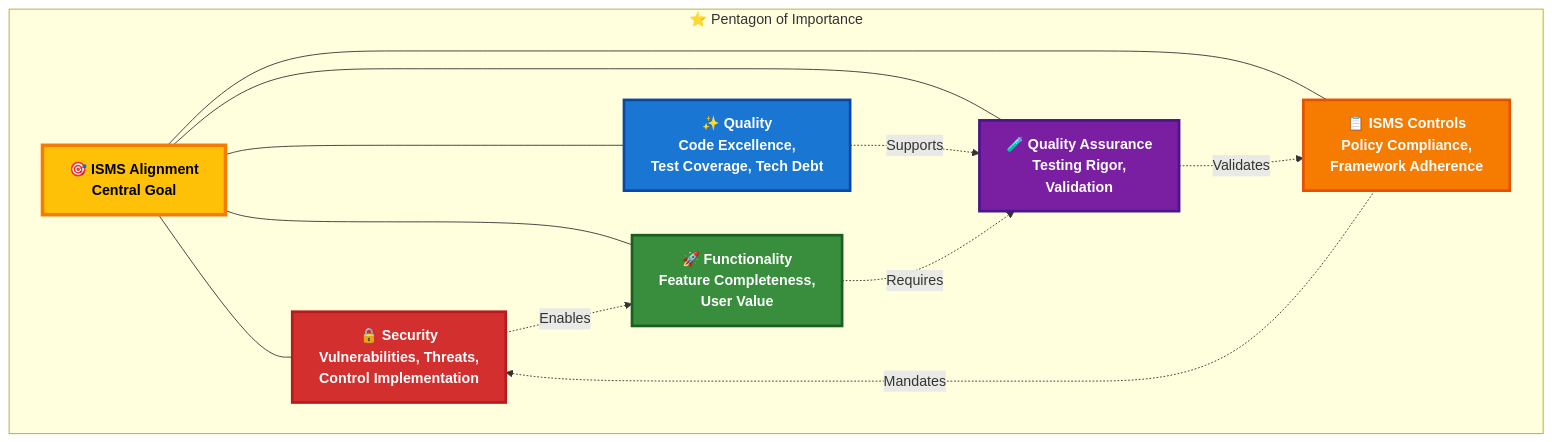
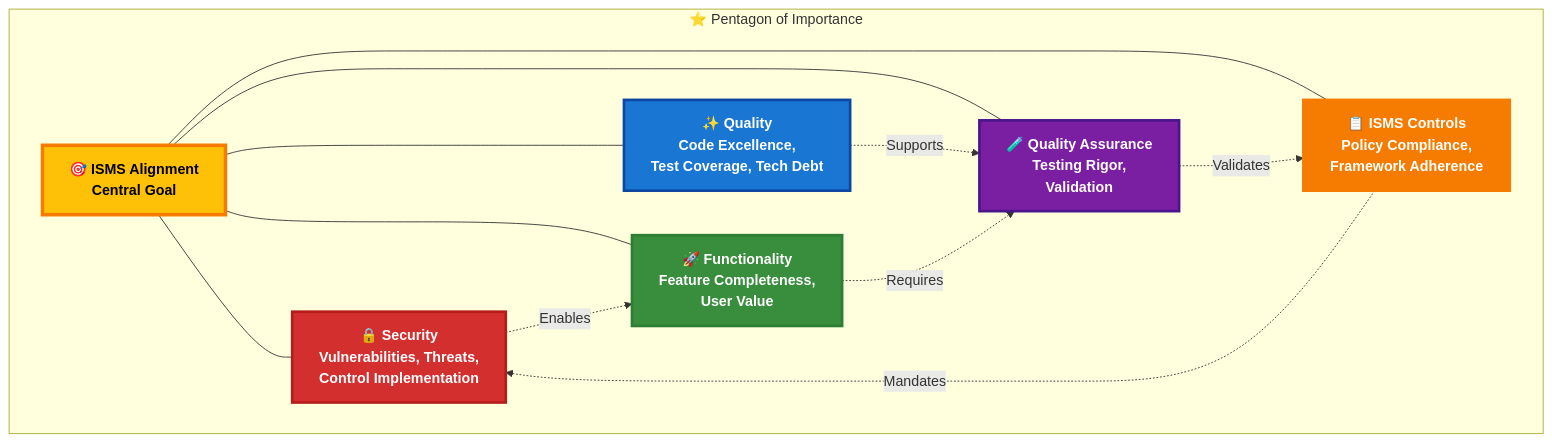
Before and after one commit to Hack23/ISMS-PUBLIC: the seventh of 8 diagrams in Information_Security_Strategy.md, drawn with Mermaid. The commit also changed other lines of this file and 18 other files, not shown here.

Commit message:
fix broken mermaid

````diff
--- a/Information_Security_Strategy.md
+++ b/Information_Security_Strategy.md
@@ -1084,31 +1084,31 @@
 ```mermaid
 graph TB
     subgraph "⭐ Pentagon of Importance"
         CENTER[🎯 ISMS Alignment<br/>Central Goal]:::center
         
         SEC[🔒 Security<br/>Vulnerabilities, Threats,<br/>Control Implementation]:::security
         QUAL[✨ Quality<br/>Code Excellence,<br/>Test Coverage, Tech Debt]:::quality
         FUNC[🚀 Functionality<br/>Feature Completeness,<br/>User Value]:::functionality
         QA[🧪 Quality Assurance<br/>Testing Rigor,<br/>Validation]:::qa
         ISMS_DIM[📋 ISMS Controls<br/>Policy Compliance,<br/>Framework Adherence]:::isms
         
         CENTER --- SEC
         CENTER --- QUAL
         CENTER --- FUNC
         CENTER --- QA
         CENTER --- ISMS_DIM
         
         SEC -.->|Enables| FUNC
         QUAL -.->|Supports| QA
         FUNC -.->|Requires| QA
         QA -.->|Validates| ISMS_DIM
         ISMS_DIM -.->|Mandates| SEC
     end
     
     classDef center fill:#FFC107,stroke:#F57C00,stroke-width:4px,color:#000,font-weight:bold
     classDef security fill:#D32F2F,stroke:#B71C1C,stroke-width:3px,color:#fff,font-weight:bold
     classDef quality fill:#1976D2,stroke:#0D47A1,stroke-width:3px,color:#fff,font-weight:bold
-    classDef functionality fill:#388E3C,stroke:#1B5E20,stroke-width:3px,color:#fff,font-weight:bold
+    classDef functionality fill:#388E3C,stroke:#2E7D32,stroke-width:3px,color:#fff,font-weight:bold
     classDef qa fill:#7B1FA2,stroke:#4A148C,stroke-width:3px,color:#fff,font-weight:bold
-    classDef isms fill:#F57C00,stroke:#E65100,stroke-width:3px,color:#fff,font-weight:bold
+    classDef isms fill:#F57C00,stroke:#F57C00,stroke-width:3px,color:#fff,font-weight:bold
 ```
````
